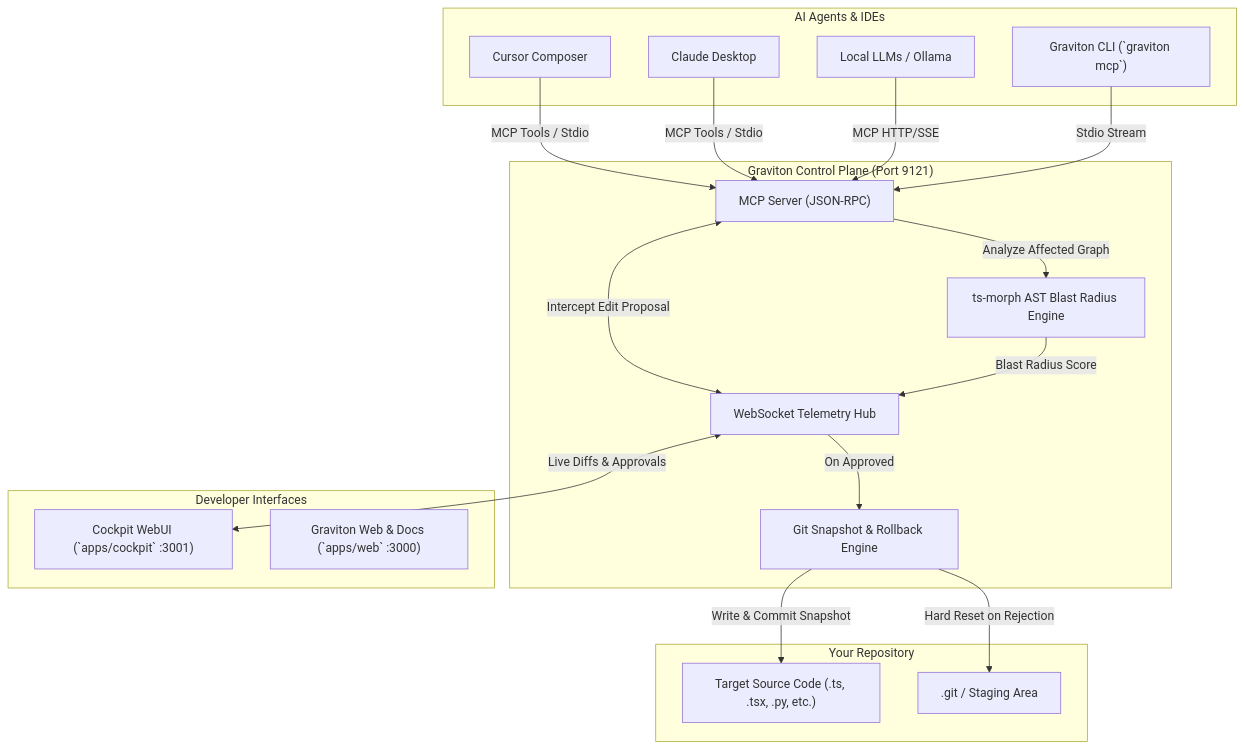
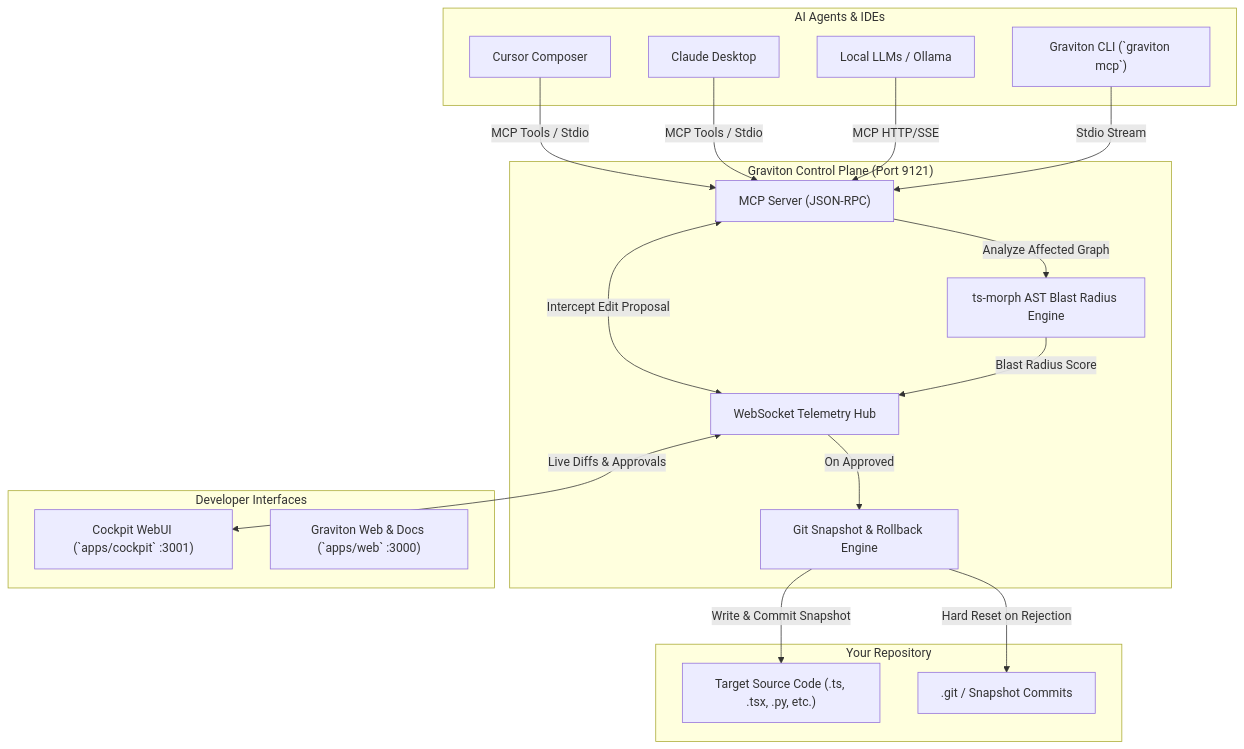
Before and after one commit to yakkshit/graviton: the diagram in README.md, drawn with Mermaid. The commit also changed other lines of this file and 6 other files, not shown here.

````diff
--- a/README.md
+++ b/README.md
@@ -37,40 +121,40 @@
 ```mermaid
 flowchart TD
     subgraph AI_Clients["AI Agents & IDEs"]
         Cursor["Cursor Composer"]
         Claude["Claude Desktop"]
         LocalLLM["Local LLMs / Ollama"]
         CLI["Graviton CLI (`graviton mcp`)"]
     end
 
     subgraph Graviton_Plane["Graviton Control Plane (Port 9121)"]
         MCPServer["MCP Server (JSON-RPC)"]
         WSServer["WebSocket Telemetry Hub"]
         ASTEngine["ts-morph AST Blast Radius Engine"]
         GitEngine["Git Snapshot & Rollback Engine"]
     end
 
     subgraph UI_Surface["Developer Interfaces"]
         Cockpit["Cockpit WebUI (`apps/cockpit` :3001)"]
         Marketing["Graviton Web & Docs (`apps/web` :3000)"]
     end
 
     subgraph Codebase["Your Repository"]
         TargetFiles["Target Source Code (.ts, .tsx, .py, etc.)"]
-        GitRepo[".git / Staging Area"]
+        GitRepo[".git / Snapshot Commits"]
     end
 
     Cursor -->|MCP Tools / Stdio| MCPServer
     Claude -->|MCP Tools / Stdio| MCPServer
     LocalLLM -->|MCP HTTP/SSE| MCPServer
     CLI -->|Stdio Stream| MCPServer
 
     MCPServer <-->|Intercept Edit Proposal| WSServer
     WSServer <-->|Live Diffs & Approvals| Cockpit
     MCPServer -->|Analyze Affected Graph| ASTEngine
     ASTEngine -->|Blast Radius Score| WSServer
     
     WSServer -->|On Approved| GitEngine
     GitEngine -->|Write & Commit Snapshot| TargetFiles
     GitEngine -->|Hard Reset on Rejection| GitRepo
 ```
````
